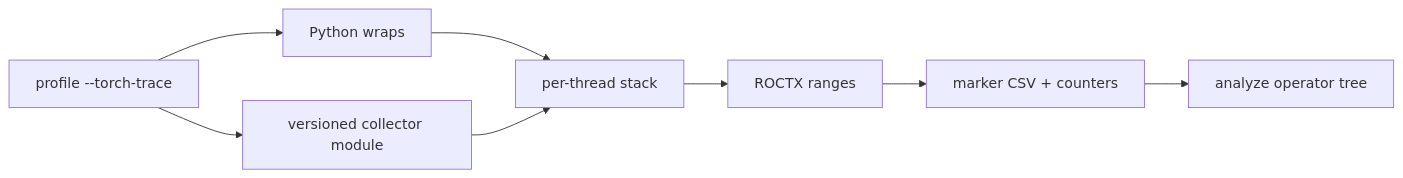
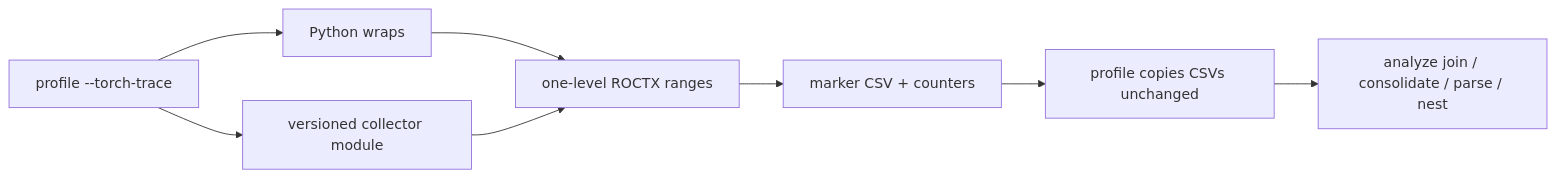
Before and after one commit to ROCm/rocm-systems: the diagram in projects/rocprofiler-compute/docs/design/hld-torch-trace-collector.md, drawn with Mermaid. The commit also changed other lines of this file and 2 other files, not shown here.

Commit message:
[rocprofiler-compute] Rewrite collector one-level design docs

````diff
--- a/projects/rocprofiler-compute/docs/design/hld-torch-trace-collector.md
+++ b/projects/rocprofiler-compute/docs/design/hld-torch-trace-collector.md
@@ -80,10 +86,10 @@
 ```mermaid
 flowchart LR
   profile["profile --torch-trace"] --> wraps["Python wraps"]
   profile --> collector["versioned collector module"]
-  wraps --> stack["per-thread stack"]
-  collector --> stack
-  stack --> roctx["ROCTX ranges"]
+  wraps --> roctx["one-level ROCTX ranges"]
+  collector --> roctx
   roctx --> csv["marker CSV + counters"]
-  csv --> analyze["analyze operator tree"]
+  csv --> copy["profile copies CSVs unchanged"]
+  copy --> analyze["analyze join / consolidate / parse / nest"]
 ```
````
